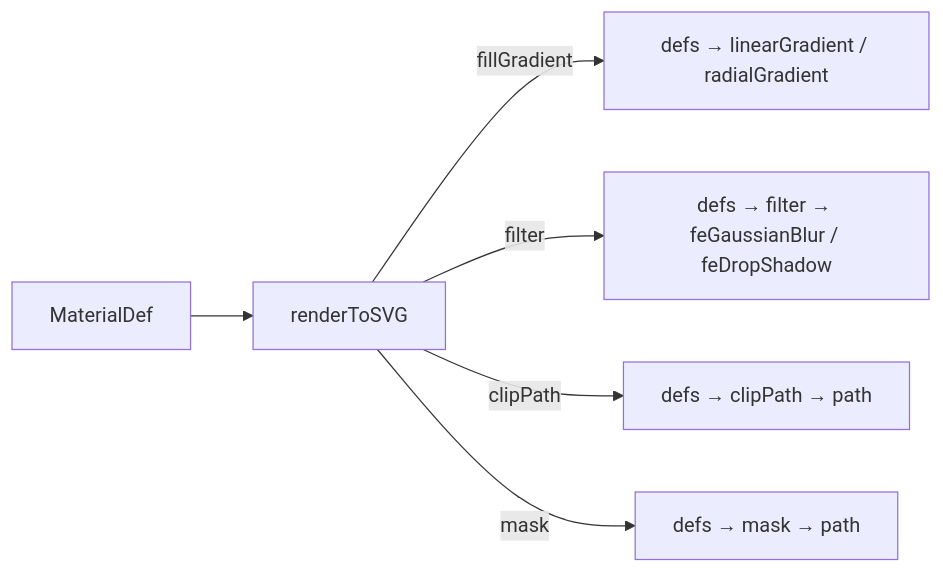
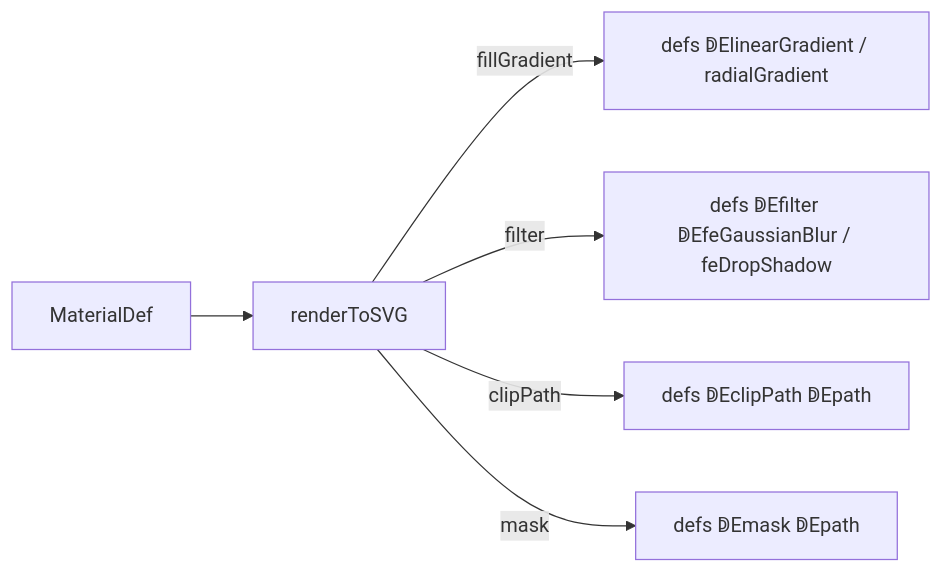
One commit to joshuacba08/oroya-animate changed the diagram in apps/web/src/content/tutorials/09-svg-gradients-filters.md. Above: the diagram before and after it, drawn with Mermaid. The commit also changed other lines of this file and 113 other files, not shown here.

````diff
--- a/apps/web/src/content/tutorials/09-svg-gradients-filters.md
+++ b/apps/web/src/content/tutorials/09-svg-gradients-filters.md
@@ -20,8 +20,8 @@
 ```mermaid
 graph LR
     MD["MaterialDef"] --> R["renderToSVG"]
-    R -->|"fillGradient"| D1["defs → linearGradient / radialGradient"]
-    R -->|"filter"| D2["defs → filter → feGaussianBlur / feDropShadow"]
-    R -->|"clipPath"| D3["defs → clipPath → path"]
-    R -->|"mask"| D4["defs → mask → path"]
+    R -->|"fillGradient"| D1["defs ↁElinearGradient / radialGradient"]
+    R -->|"filter"| D2["defs ↁEfilter ↁEfeGaussianBlur / feDropShadow"]
+    R -->|"clipPath"| D3["defs ↁEclipPath ↁEpath"]
+    R -->|"mask"| D4["defs ↁEmask ↁEpath"]
 ```
````
